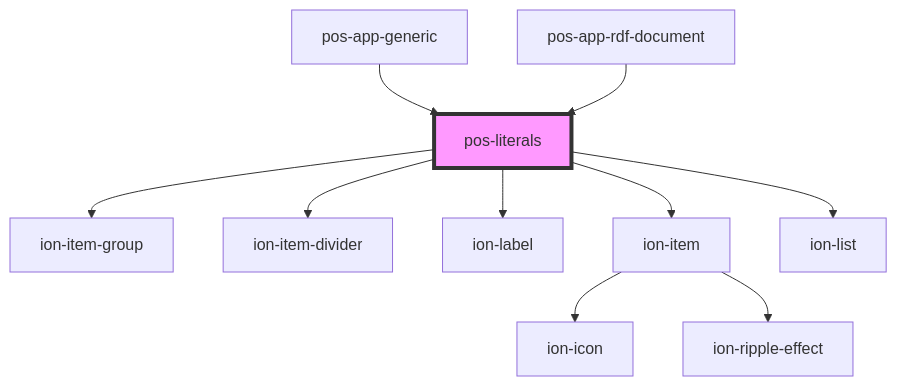
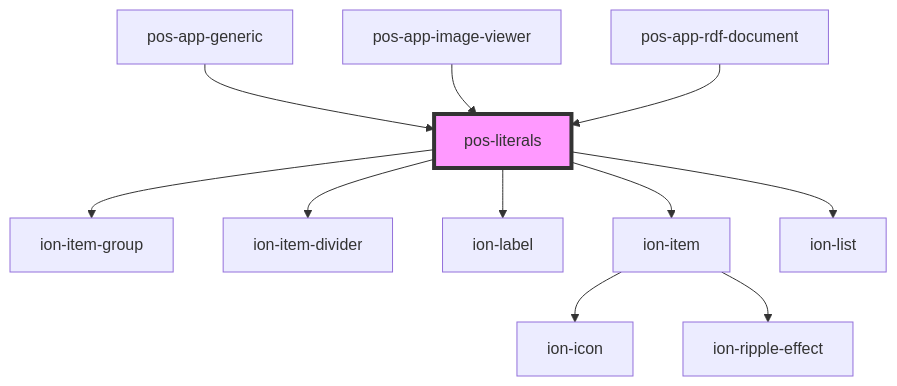
Before and after one commit to pod-os/PodOS: the diagram in docs/elements/components/pos-literals/readme.md, drawn with Mermaid. The commit also changed other lines of this file and 7 other files, not shown here.

````diff
--- a/docs/elements/components/pos-literals/readme.md
+++ b/docs/elements/components/pos-literals/readme.md
@@ -31,13 +32,14 @@
 ```mermaid
 graph TD;
   pos-literals --> ion-item-group
   pos-literals --> ion-item-divider
   pos-literals --> ion-label
   pos-literals --> ion-item
   pos-literals --> ion-list
   ion-item --> ion-icon
   ion-item --> ion-ripple-effect
   pos-app-generic --> pos-literals
+  pos-app-image-viewer --> pos-literals
   pos-app-rdf-document --> pos-literals
   style pos-literals fill:#f9f,stroke:#333,stroke-width:4px
 ```
````
